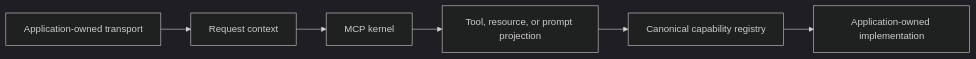
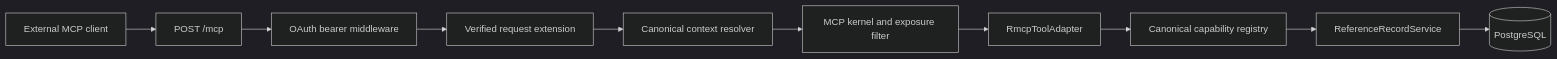
Before and after one commit to bmanturner/omnius: the diagram in docs/guides/mcp/server-architecture.md, drawn with Mermaid (dark theme). The commit also changed other lines of this file and 177 other files, not shown here.

````diff
--- a/docs/guides/mcp/server-architecture.md
+++ b/docs/guides/mcp/server-architecture.md
@@ -47,8 +47,12 @@
 ```mermaid
 flowchart LR
-    T[Application-owned transport] --> C[Request context]
-    C --> K[MCP kernel]
-    K --> P[Tool, resource, or prompt projection]
-    P --> R[Canonical capability registry]
-    R --> I[Application-owned implementation]
+    C[External MCP client] --> H[POST /mcp]
+    H --> B[OAuth bearer middleware]
+    B --> X[Verified request extension]
+    X --> R[Canonical context resolver]
+    R --> K[MCP kernel and exposure filter]
+    K --> T[RmcpToolAdapter]
+    T --> G[Canonical capability registry]
+    G --> S[ReferenceRecordService]
+    S --> P[(PostgreSQL)]
 ```
````
